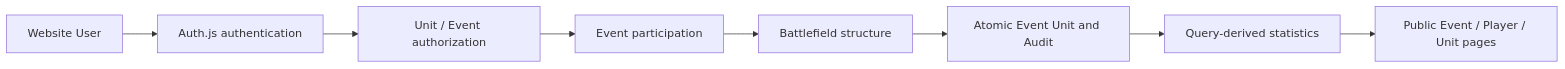
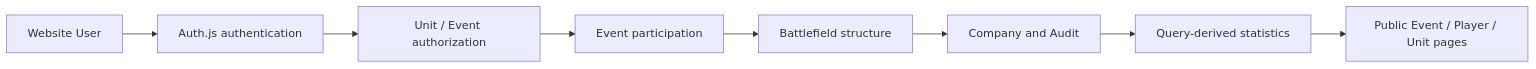
The second of 4 diagrams in docs/architecture.md (n-nu/morale.gg), drawn with Mermaid before and after one commit. The commit also changed other lines of this file and 22 other files, not shown here.

````diff
--- a/docs/architecture.md
+++ b/docs/architecture.md
@@ -94,10 +94,10 @@
 ```mermaid
 flowchart LR
   user[Website User] --> auth[Auth.js authentication]
   auth --> authority[Unit / Event authorization]
   authority --> participation[Event participation]
   participation --> battlefield[Battlefield structure]
-  battlefield --> audit[Atomic Event Unit and Audit]
+  battlefield --> audit[Company and Audit]
   audit --> statistics[Query-derived statistics]
   statistics --> presentation[Public Event / Player / Unit pages]
 ```
````
